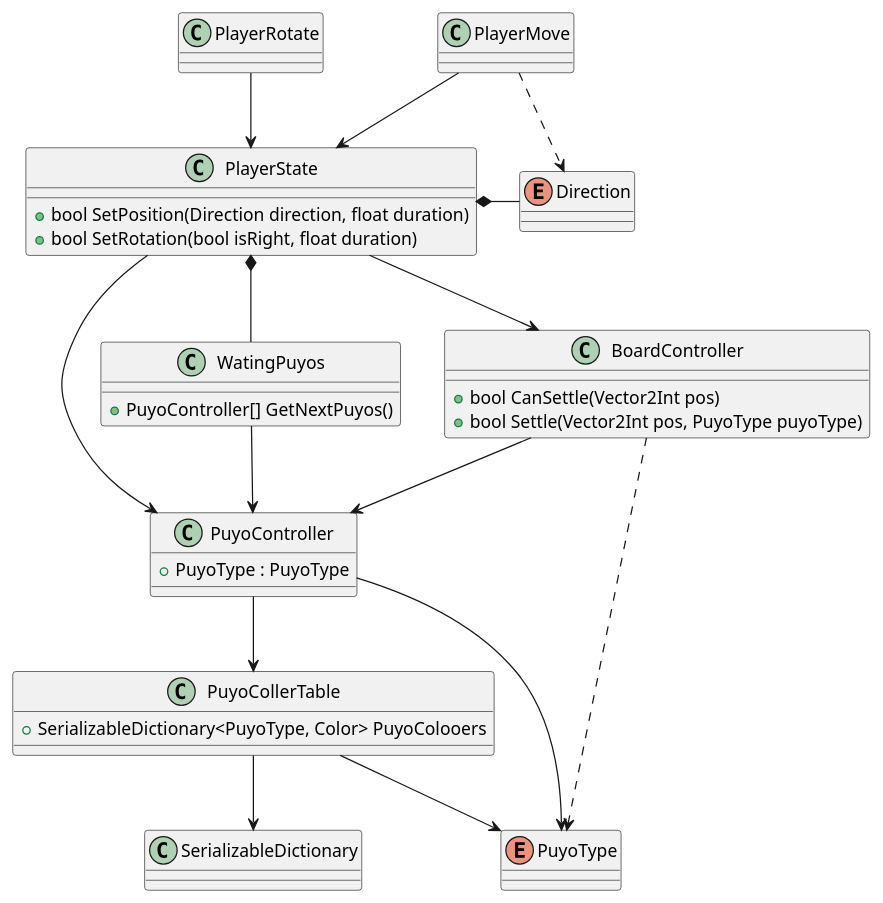
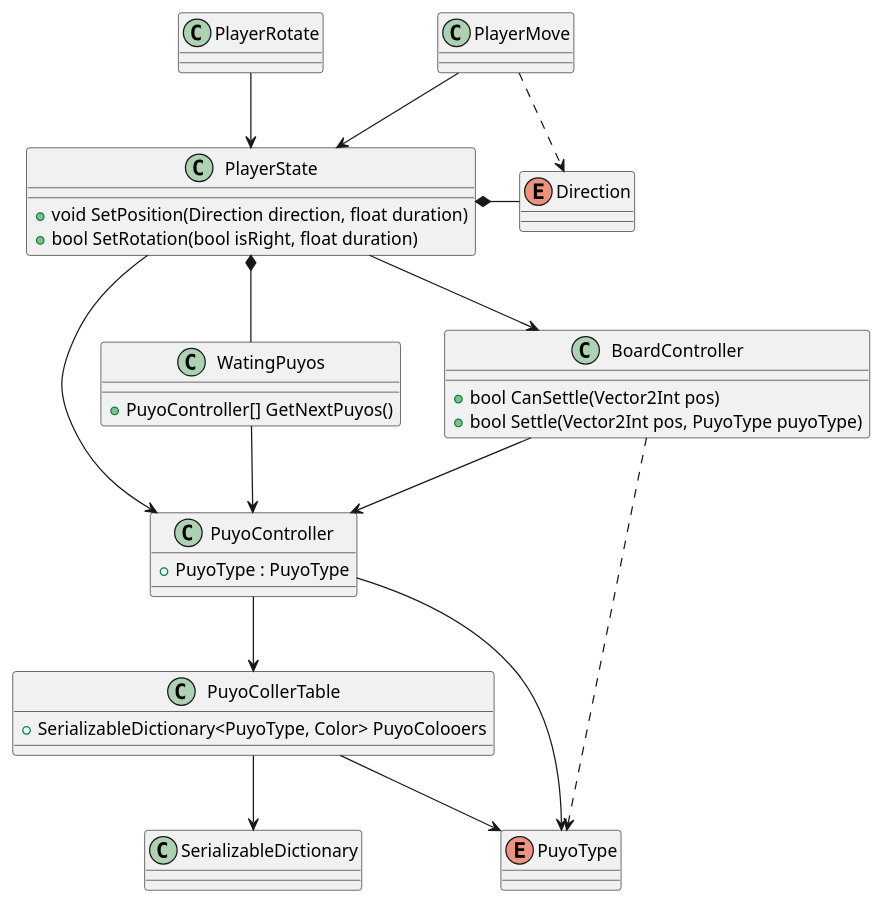
Before and after one commit to snnn30/UniteBlocks: the diagram in puyopuyo.pu, drawn with PlantUML. The commit also changed 3 other files, not shown here.

```diff
--- a/puyopuyo.pu
+++ b/puyopuyo.pu
@@ -1,43 +1,43 @@
 @startuml hoge
 class BoardController{
     +bool CanSettle(Vector2Int pos) 
     +bool Settle(Vector2Int pos, PuyoType puyoType)
 }
 class PuyoController{
     +PuyoType : PuyoType
 }
 class PuyoCollerTable{
     +SerializableDictionary<PuyoType, Color> PuyoColooers
 }
 class SerializableDictionary
 enum PuyoType
 
 class PlayerRotate
 class PlayerMove
 class PlayerState{
-    +bool SetPosition(Direction direction, float duration)
+    +void SetPosition(Direction direction, float duration)
     +bool SetRotation(bool isRight, float duration)
 }
 enum Direction
 class WatingPuyos{
     +PuyoController[] GetNextPuyos()
 }
 
 BoardController --> PuyoController
 BoardController ..> PuyoType
 PuyoController --> PuyoCollerTable
 PuyoController --> PuyoType
 PuyoCollerTable --> SerializableDictionary
 PuyoCollerTable --> PuyoType
 
 PlayerRotate --> PlayerState
 PlayerMove --> PlayerState
 PlayerMove ..> Direction
 PlayerState --> PuyoController
 PlayerState --> BoardController
 PlayerState *- Direction
 PlayerState *-- WatingPuyos
 WatingPuyos --> PuyoController
 
 
 @enduml
```
